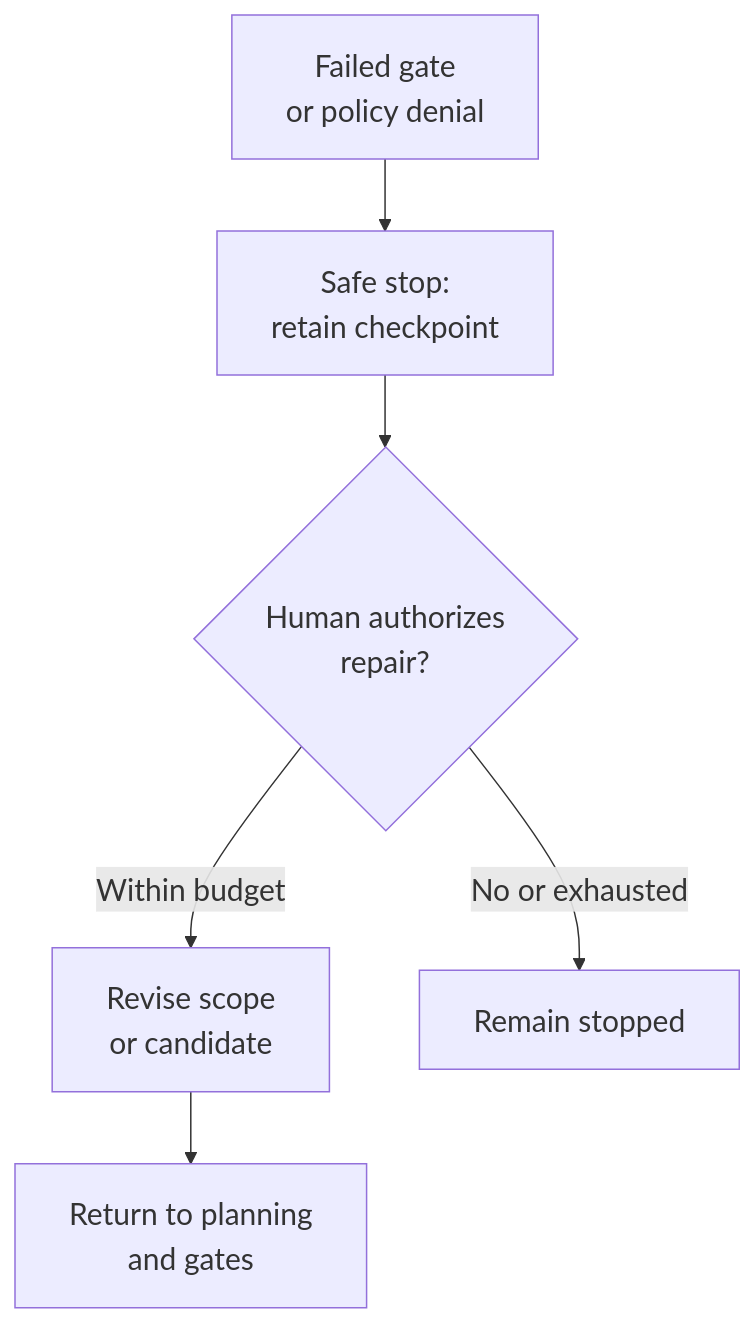
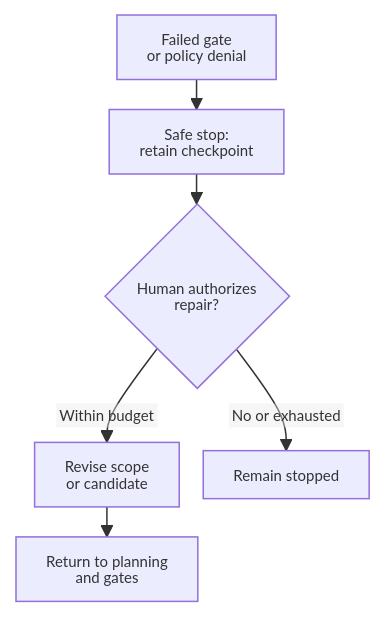
One commit to kcskribbl/canopy-agentic-sdlc changed the fourth of 4 diagrams in README.md. Above: the diagram before and after it, drawn with Mermaid. The commit also changed other lines of this file, not shown here.

First line of the commit message:
Use compact SVG labels in README diagrams

````diff
--- a/README.md
+++ b/README.md
@@ -218,19 +218,19 @@
 ```mermaid
-%%{init: {"themeVariables":{"fontSize":"20px"},"flowchart":{"nodeSpacing":60,"rankSpacing":48,"padding":18}}}%%
+%%{init: {"themeVariables":{"fontSize":"10px"},"htmlLabels":false,"flowchart":{"nodeSpacing":16,"rankSpacing":20,"padding":10}}}%%
 flowchart TD
     F["Failed gate<br/>or policy denial"]
 
     S["Safe stop:<br/>retain checkpoint"]
 
     H{"Human authorizes<br/>repair?"}
 
     A["Revise scope<br/>or candidate"]
 
     P["Return to planning<br/>and gates"]
 
     F --> S
     S --> H
     H -->|Within budget| A
     A --> P
     H -->|No or exhausted| X["Remain stopped"]
 ```
````
